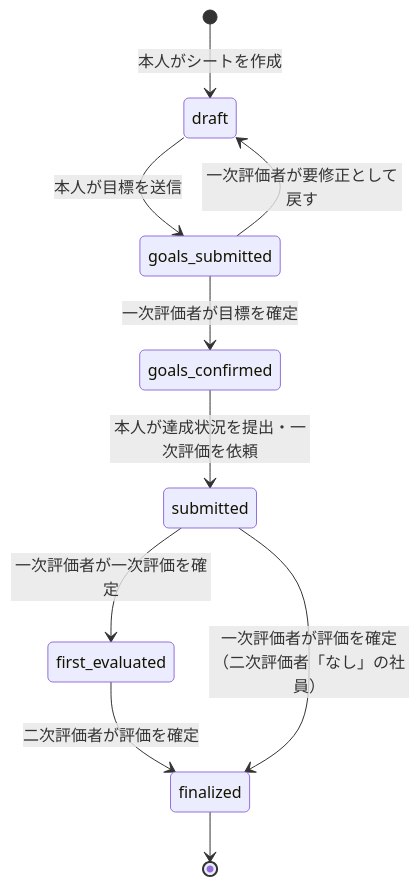
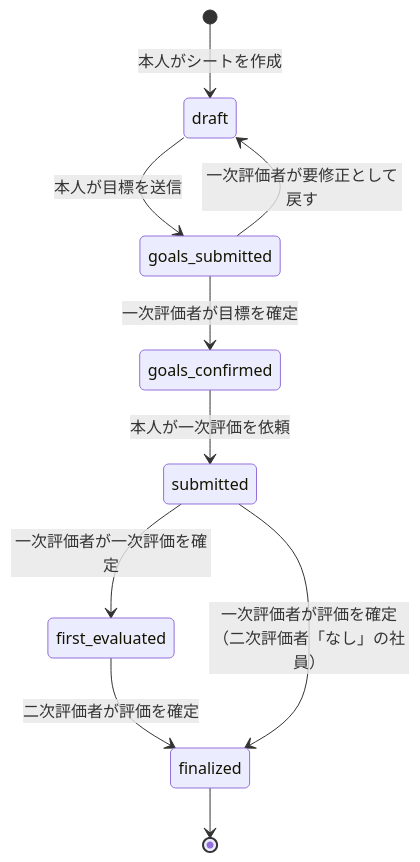
Before and after one commit to tsuchiyoshi-industry/typa: the second of 5 diagrams in docs/basic-design.md, drawn with Mermaid. The commit also changed other lines of this file and 104 other files, not shown here.

````diff
--- a/docs/basic-design.md
+++ b/docs/basic-design.md
@@ -109,12 +109,12 @@
 ```mermaid
 stateDiagram-v2
   [*] --> draft: 本人がシートを作成
   draft --> goals_submitted: 本人が目標を送信
   goals_submitted --> draft: 一次評価者が要修正として戻す
   goals_submitted --> goals_confirmed: 一次評価者が目標を確定
-  goals_confirmed --> submitted: 本人が達成状況を提出・一次評価を依頼
+  goals_confirmed --> submitted: 本人が一次評価を依頼
   submitted --> first_evaluated: 一次評価者が一次評価を確定
   first_evaluated --> finalized: 二次評価者が評価を確定
   submitted --> finalized: 一次評価者が評価を確定（二次評価者「なし」の社員）
   finalized --> [*]
 ```
````
